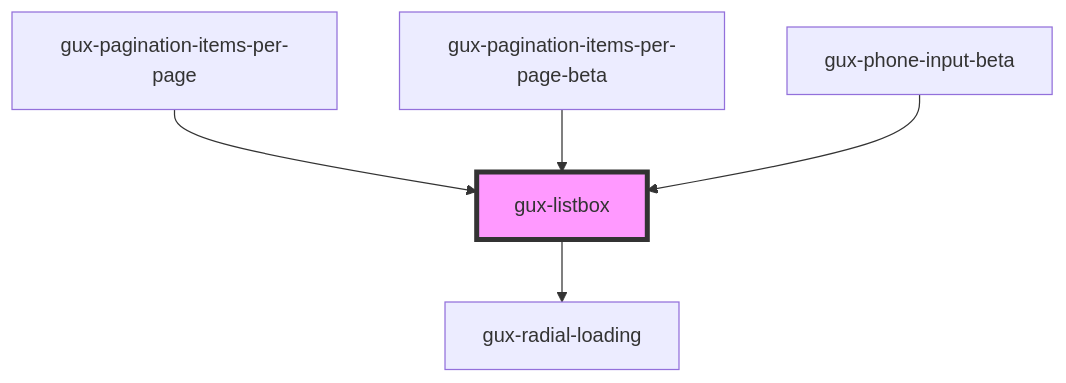
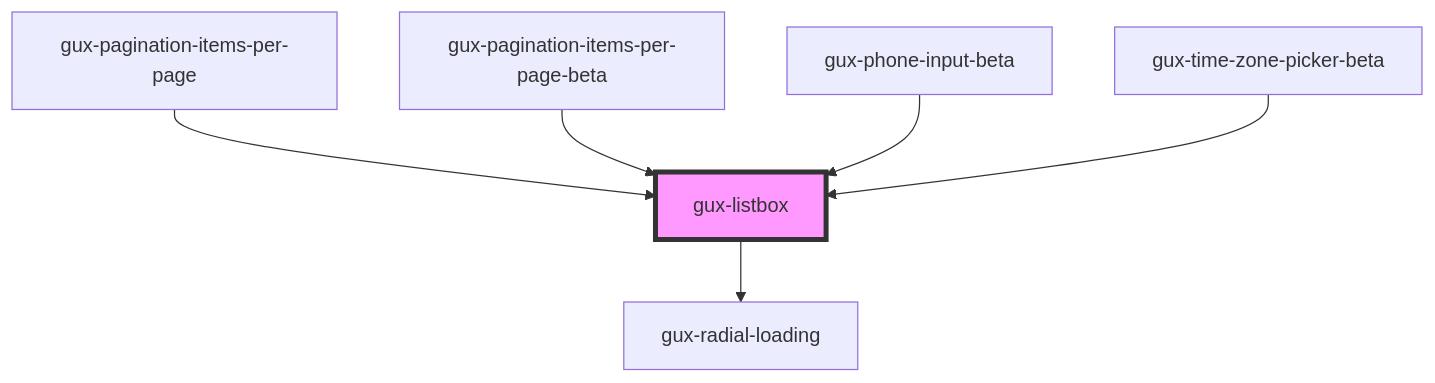
The diagram in packages/genesys-spark-components/src/components/stable/gux-listbox/readme.md (MyPureCloud/genesys-spark), drawn with Mermaid before and after one commit. The commit also changed other lines of this file and 23 other files, not shown here.

First line of the commit message:
feat(gux-time-zone-picker-beta): add a time zone picker component

````diff
--- a/packages/genesys-spark-components/src/components/stable/gux-listbox/readme.md
+++ b/packages/genesys-spark-components/src/components/stable/gux-listbox/readme.md
@@ -61,8 +62,9 @@
 ```mermaid
 graph TD;
   gux-listbox --> gux-radial-loading
   gux-pagination-items-per-page --> gux-listbox
   gux-pagination-items-per-page-beta --> gux-listbox
   gux-phone-input-beta --> gux-listbox
+  gux-time-zone-picker-beta --> gux-listbox
   style gux-listbox fill:#f9f,stroke:#333,stroke-width:4px
 ```
````
